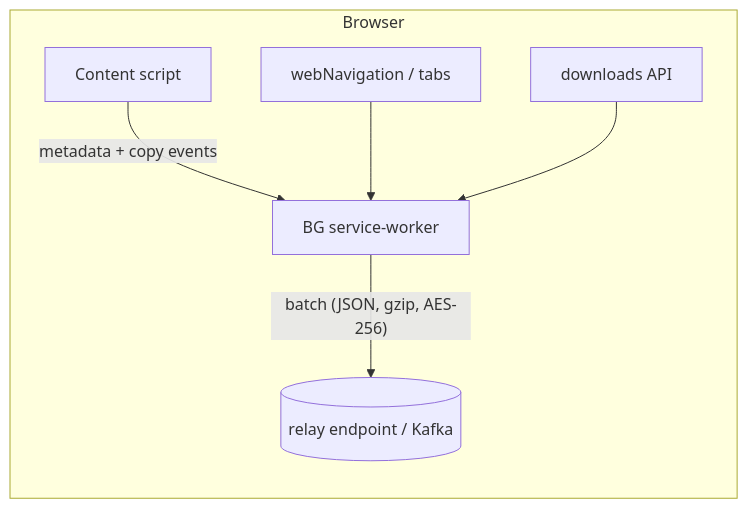
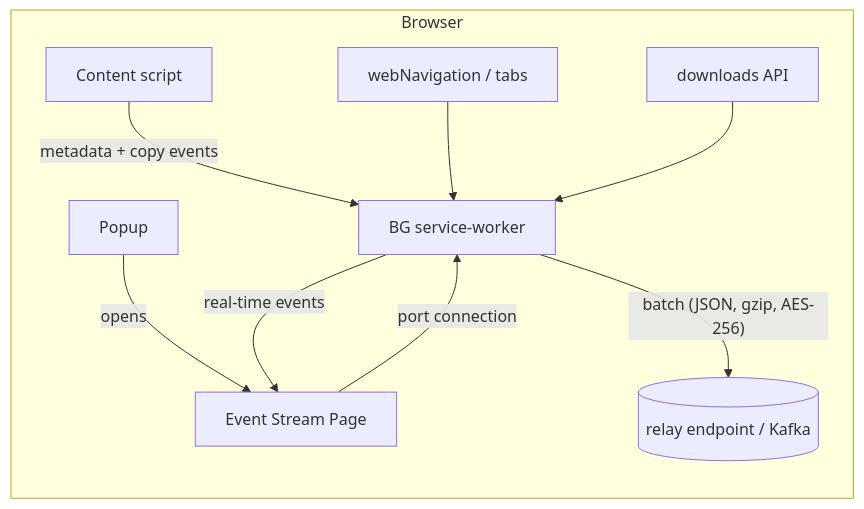
The diagram in architecture.md (adamya-singh/workflow-tracking-extension), drawn with Mermaid before and after one commit. The commit also changed other lines of this file and 3 other files, not shown here.

Commit message:
added an event log page where everything logged by the extension is displayed, added architecture.md

````diff
--- a/architecture.md
+++ b/architecture.md
@@ -4,9 +3,12 @@
 ```mermaid
 flowchart LR
   subgraph Browser
     A[Content script] -->|metadata + copy events| B[BG service-worker]
     C[webNavigation / tabs] --> B
     D[downloads API] --> B
-    B -- batch (JSON, gzip, AES-256)--> E[(relay endpoint / Kafka)]
+    E[Popup] -->|opens| F[Event Stream Page]
+    F -->|port connection| B
+    B -->|real-time events| F
+    B -- batch (JSON, gzip, AES-256)--> G[(relay endpoint / Kafka)]
   end
 ```
````
